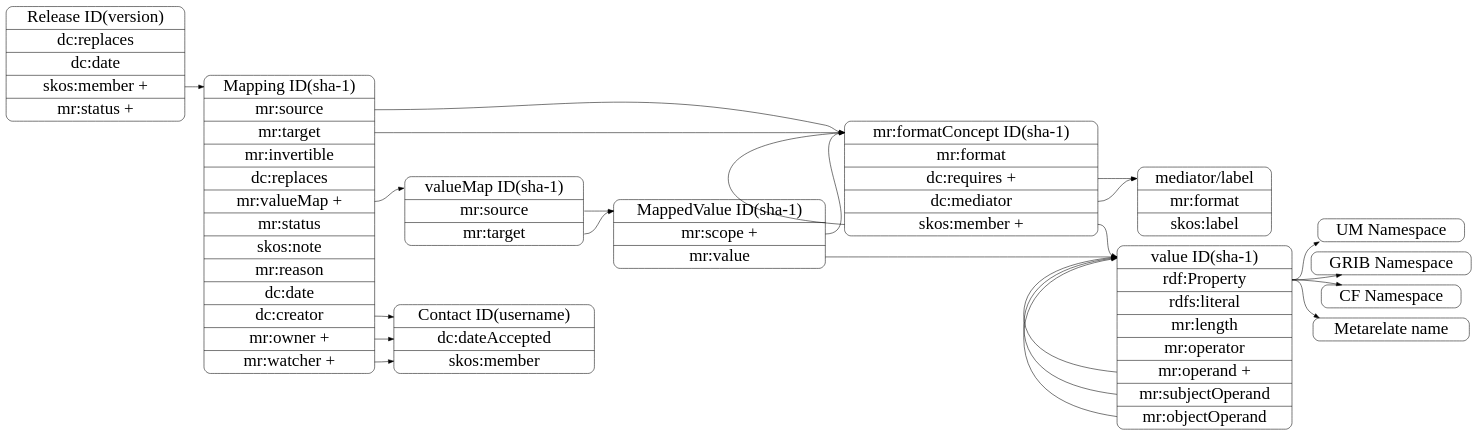
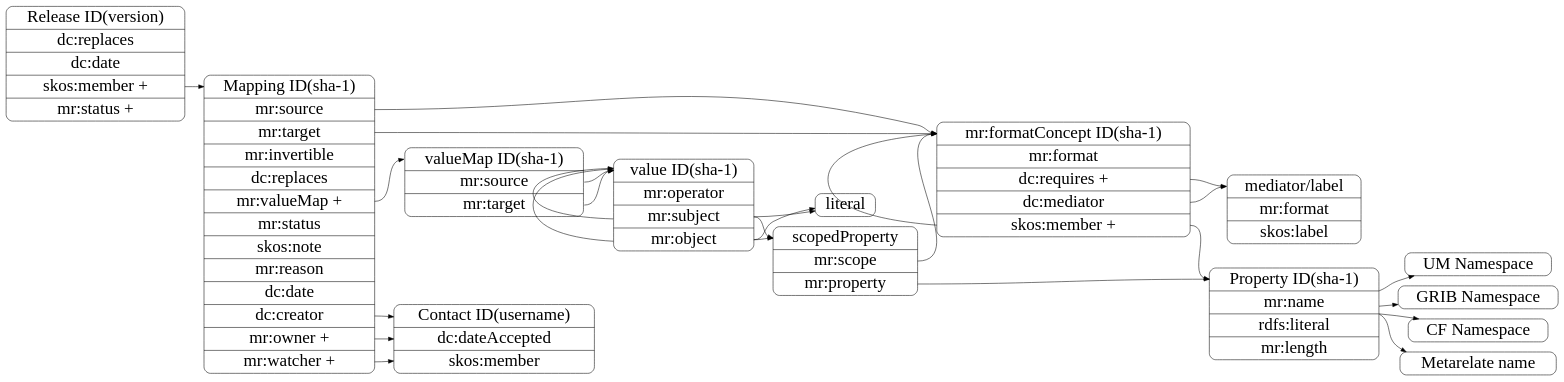
The diagram in docs/source/developer/design/records.dot (metarelate/metOcean-mapping), drawn with Graphviz before and after one commit. The commit also changed 11 other files, not shown here.

```diff
--- a/docs/source/developer/design/records.dot
+++ b/docs/source/developer/design/records.dot
@@ -1,103 +1,117 @@
 digraph records {
 
 ## basic setup 
 
    	rankdir = LR;
         node [
         fontsize = 32,
         shape = Mrecord
         ];
 
         edge [
         fontsize = 24
         ];
 
 ## class definitions
 
-   	value [
-	label = "<title> value ID(sha-1) |<prop> rdf:Property | rdfs:literal| mr:length|<o> mr:operator |<op> mr:operand +|<sub> mr:subjectOperand |<ob> mr:objectOperand"
+   	property [
+	label = "<title> Property ID(sha-1) |<prop> mr:name | rdfs:literal| mr:length"
 	];
 
    	formatconcept [
 	label = "<title> mr:formatConcept ID(sha-1) |<format> mr:format |<req> dc:requires +|<med> dc:mediator|<component> skos:member +"
 	];
 
         mediator [
 	label = "<title> mediator/label |<format> mr:format|<label> skos:label  "
 	];
 
 	valuemap [
 	label = "<title> valueMap ID(sha-1) |<source> mr:source |<target> mr:target" 
 	];
 
-	mappedvalue [
-	label = "<title> MappedValue ID(sha-1) |<scope> mr:scope +|<val> mr:value"
+	getattr [
+	label = "<title> scopedProperty | <scope> mr:scope |<val> mr:property"
+	];
+
+	literal [
+	label = "<title> literal"
+	];
+
+	value [
+	label = "<title> value ID(sha-1) |<o> mr:operator |<sub> mr:subject |<ob> mr:object"
 	];
 
 	mapping [
 	label = "<title> Mapping ID(sha-1) |<source> mr:source |<target> mr:target |mr:invertible | dc:replaces  |<valmap> mr:valueMap +|mr:status |skos:note |mr:reason |dc:date |<c> dc:creator |<o> mr:owner + |<w> mr:watcher +"
 	];
 
 
 	release [
 	label = "<title> Release ID(version)|dc:replaces|dc:date|<con>skos:member + |mr:status +"
 	];
 
 	contact [
 	label = "<title> Contact ID(username) | dc:dateAccepted | skos:member"
 	];
 
 	um [
 	label = "UM Namespace"
 	];
 
 	grib [
 	label = "GRIB Namespace"
 	];
 
 	cf [
 	label = "CF Namespace"
 	];
 
 	mrnamed [
 	label = "Metarelate name"
 	];
 
 ## relations
 
 
 	release:con -> mapping:title
 	
 	mapping:source -> formatconcept:title
 
 	mapping:target -> formatconcept:title
 
 	formatconcept:component -> formatconcept:title
 
-	formatconcept:component -> value:title
+	formatconcept:component -> property:title
 
 	formatconcept:med -> mediator:title
 	formatconcept:req -> mediator:title
 
 	mapping:valmap -> valuemap:title
 
-	valuemap:source -> mappedvalue:title
-	valuemap:target -> mappedvalue:title
+	valuemap:source -> value:title
+	valuemap:target -> value:title
 
-	mappedvalue:scope -> formatconcept:title
-	mappedvalue:val -> value:title
+	getattr:val -> property:title
+	getattr:scope -> formatconcept:title
 
-	value:prop -> um
-	value:prop -> grib
-	value:prop -> cf
-	value:prop -> mrnamed
+	property:name -> um
+	property:name -> grib
+	property:name -> cf
+	property:name -> mrnamed
 
 	mapping:c -> contact
 	mapping:o -> contact
 	mapping:w -> contact
 
-	value:op -> value:title
 	value:sub -> value:title
 	value:ob -> value:title
 
+	value:sub -> getattr:title
+	value:ob -> getattr:title
+
+	value:sub -> literal:title
+	value:ob -> literal:title
+
+
 }
```
